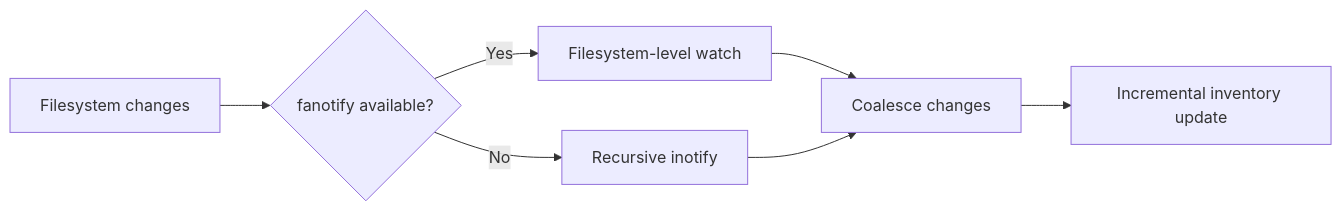
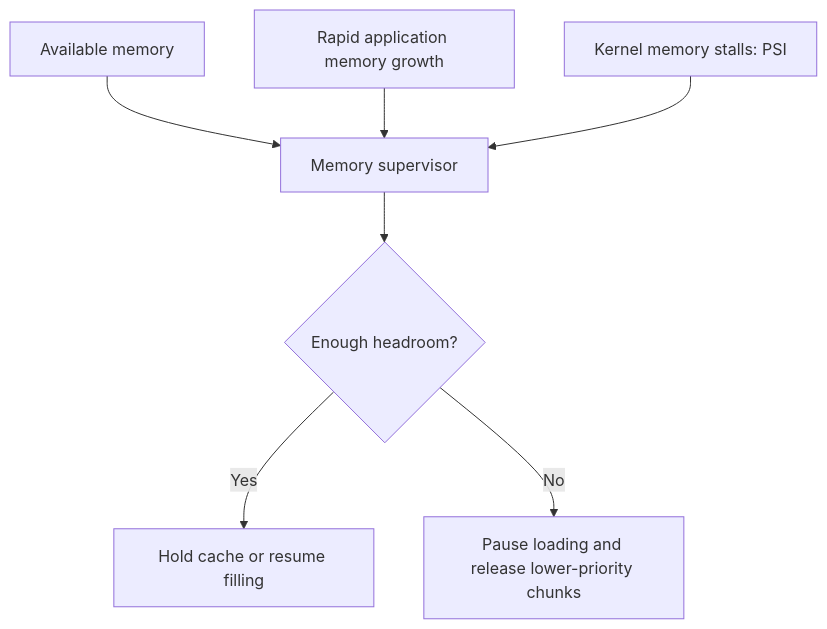
The second of 2 diagrams in README.md (MagnetosphereLabs/RamCache), drawn with Mermaid before and after one commit. The commit also changed other lines of this file, not shown here.

````diff
--- a/README.md
+++ b/README.md
@@ -376,16 +201,9 @@
 ```mermaid
-flowchart LR
-    A["Filesystem changes"]
-    B{"fanotify available?"}
-    C["Filesystem-level watch"]
-    D["Recursive inotify"]
-    E["Coalesce changes"]
-    F["Incremental inventory update"]
-
-    A --> B
-    B -->|Yes| C
-    B -->|No| D
-    C --> E
-    D --> E
-    E --> F
+flowchart TD
+    A["Available memory"] --> D["Memory supervisor"]
+    B["Rapid application memory growth"] --> D
+    C["Kernel memory stalls: PSI"] --> D
+    D --> E{"Enough headroom?"}
+    E -->|Yes| F["Hold cache or resume filling"]
+    E -->|No| G["Pause loading and release lower-priority chunks"]
 ```
````
